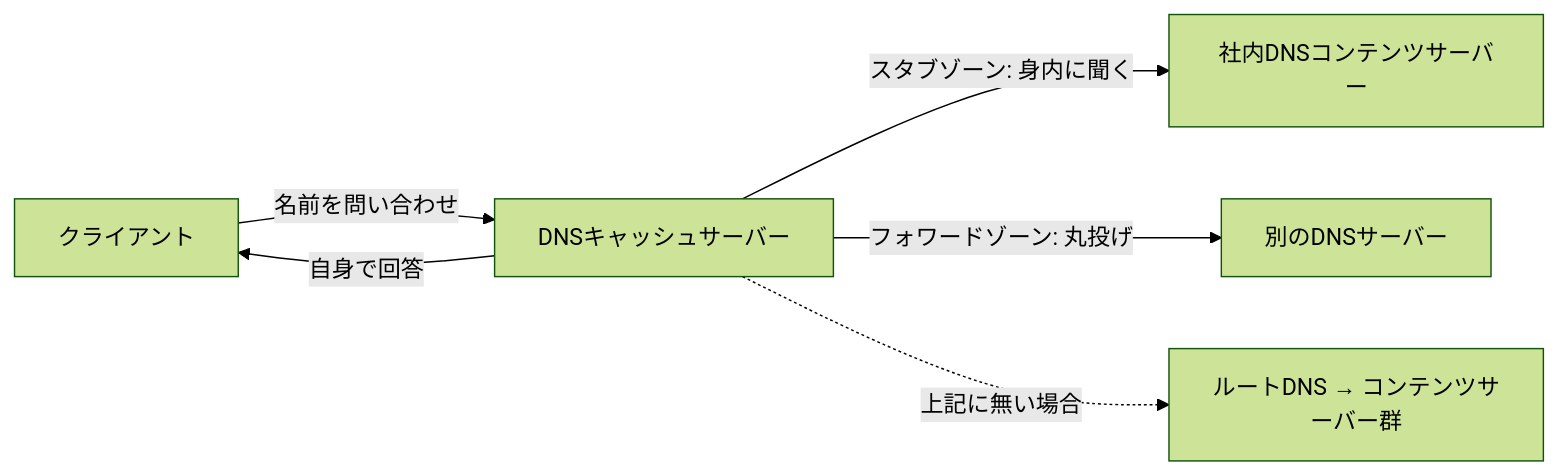
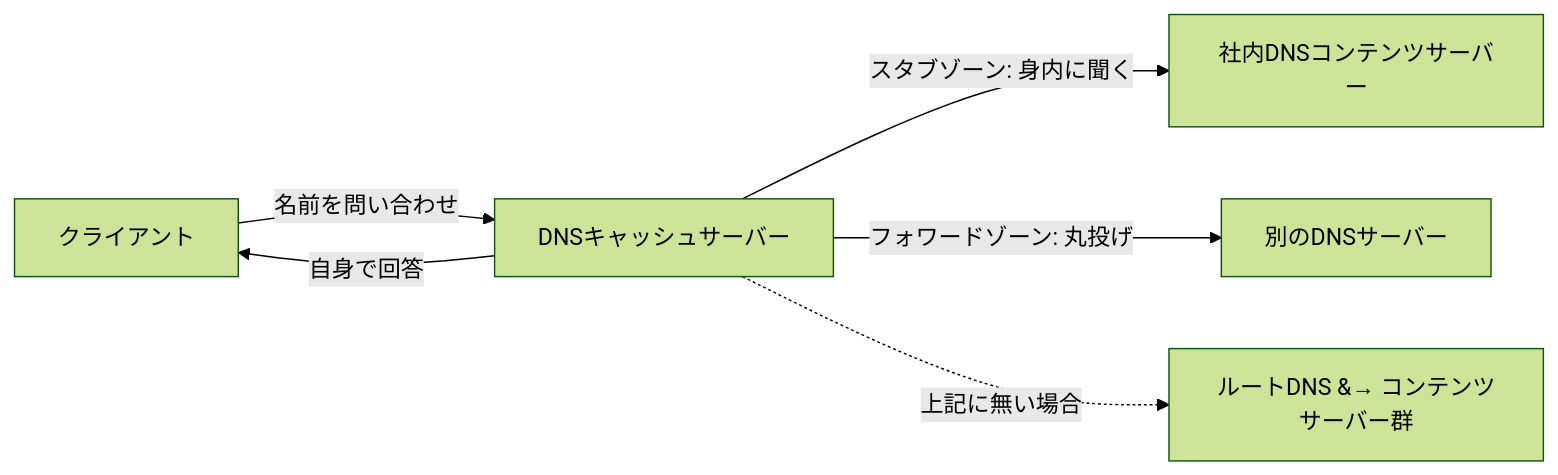
The ninth of 20 diagrams in training/basics.md (x86-unix/docs), drawn with Mermaid (forest theme) before and after one commit. The commit also changed other lines of this file, not shown here.

Commit message:
fix: mermaid図内のUnicode矢印文字を修正

````diff
--- a/training/basics.md
+++ b/training/basics.md
@@ -370,8 +370,8 @@
 ```mermaid
 graph LR
     Client[クライアント] -->|名前を問い合わせ| Cache[DNSキャッシュサーバー]
     Cache -->|自身で回答| Client
     Cache -->|スタブゾーン: 身内に聞く| Internal[社内DNSコンテンツサーバー]
     Cache -->|フォワードゾーン: 丸投げ| Forward[別のDNSサーバー]
-    Cache -.->|上記に無い場合| Root[ルートDNS → コンテンツサーバー群]
+    Cache -.->|上記に無い場合| Root[ルートDNS &#8594; コンテンツサーバー群]
 ```
````
